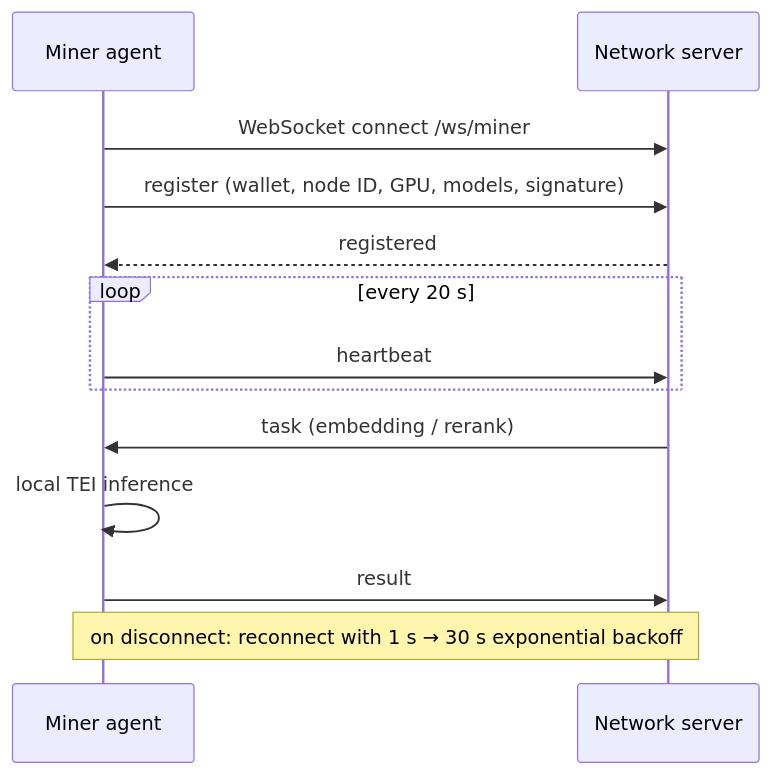
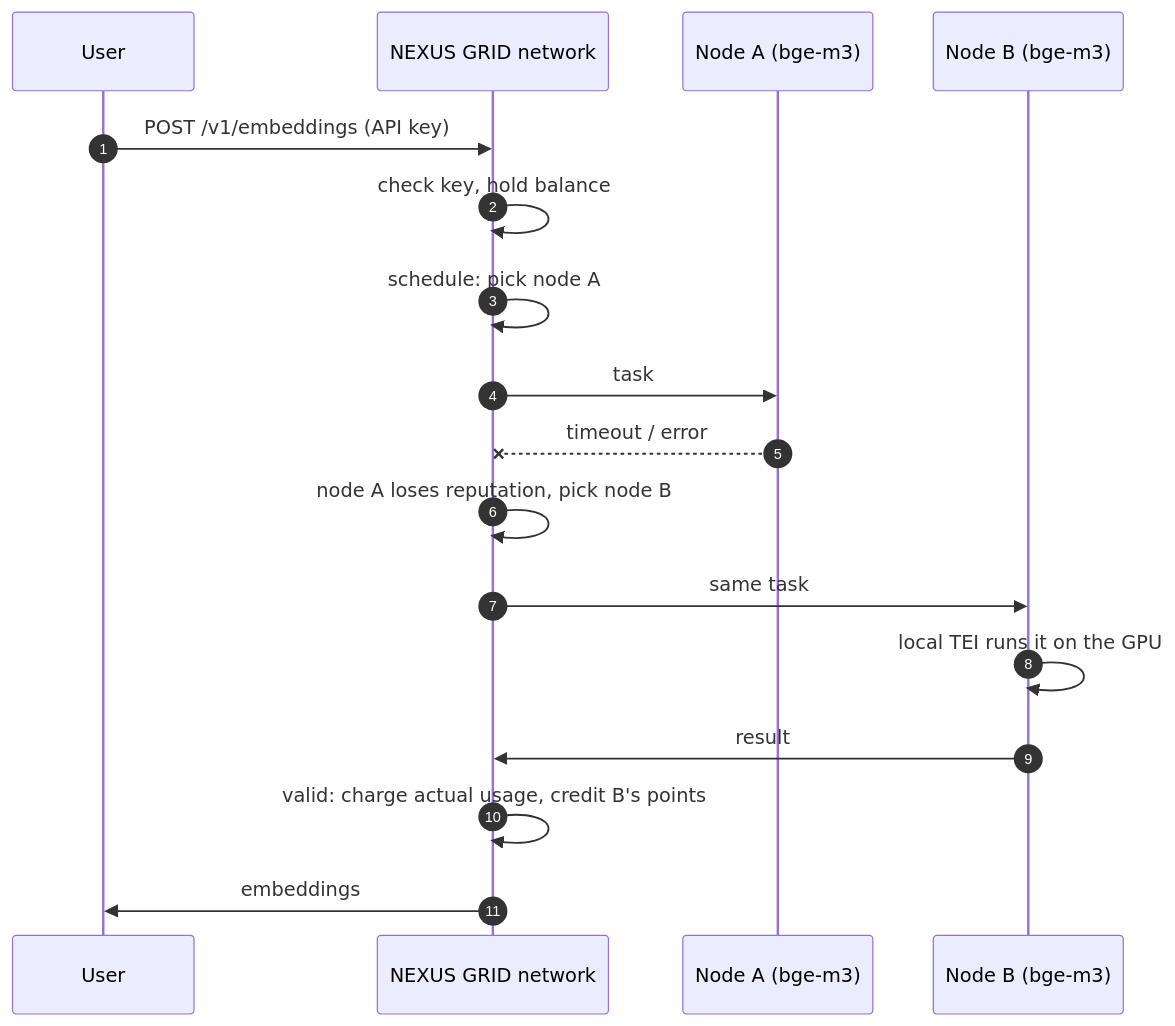
One commit to 0xRouteAI/nexus-grid-miner changed the second of 3 diagrams in README.en.md. Above: the diagram before and after it, drawn with Mermaid. The commit also changed other lines of this file and 12 other files, not shown here.

````diff
--- a/README.en.md
+++ b/README.en.md
@@ -92,15 +75,20 @@
 ```mermaid
 sequenceDiagram
-    participant M as Miner agent
-    participant S as Network server
-    M->>S: WebSocket connect /ws/miner
-    M->>S: register (wallet, node ID, GPU, models, signature)
-    S-->>M: registered
-    loop every 20 s
-        M->>S: heartbeat
-    end
-    S->>M: task (embedding / rerank)
-    M->>M: local TEI inference
-    M->>S: result
-    Note over M,S: on disconnect: reconnect with 1 s → 30 s exponential backoff
+    autonumber
+    participant U as User
+    participant G as NEXUS GRID network
+    participant A as Node A (bge-m3)
+    participant B as Node B (bge-m3)
+
+    U->>G: POST /v1/embeddings (API key)
+    G->>G: check key, hold balance
+    G->>G: schedule: pick node A
+    G->>A: task
+    A--xG: timeout / error
+    G->>G: node A loses reputation, pick node B
+    G->>B: same task
+    B->>B: local TEI runs it on the GPU
+    B->>G: result
+    G->>G: valid: charge actual usage, credit B's points
+    G->>U: embeddings
 ```
````
